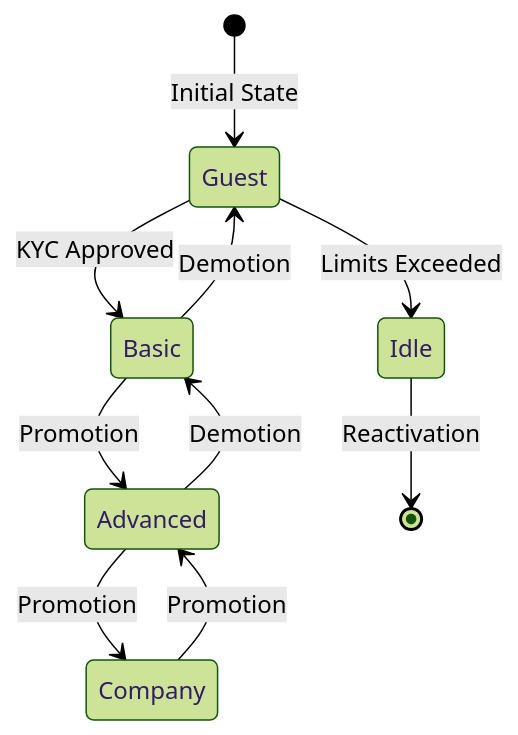
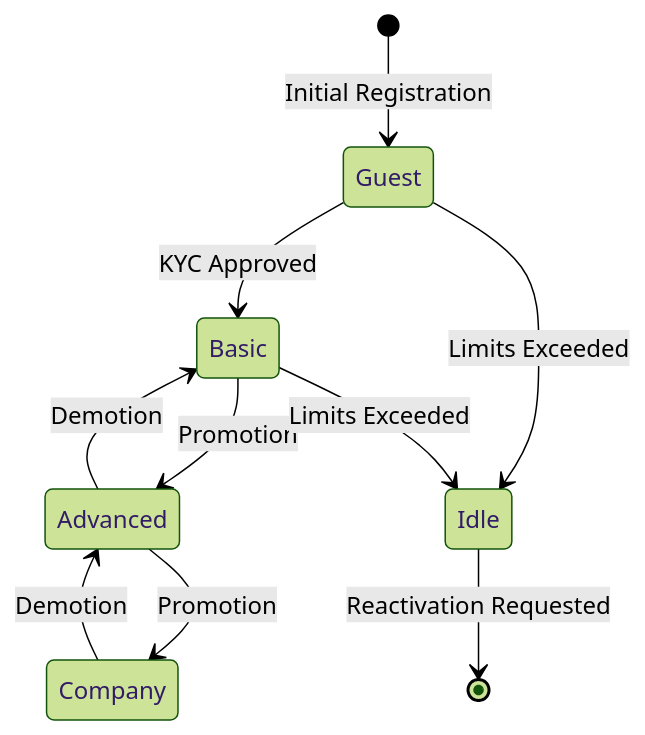
Before and after one commit to Alphavertone/test-gss: the first of 2 diagrams in docs/task1.md, drawn with Mermaid (forest theme). The commit also changed other lines of this file and 5 other files, not shown here.

````diff
--- a/docs/task1.md
+++ b/docs/task1.md
@@ -9,12 +13,16 @@
 ```mermaid
 stateDiagram
-    [*] --> Guest: Initial State
+    [*] --> Guest: Initial Registration
     Guest --> Basic: KYC Approved
+    Guest --> Idle: Limits Exceeded
+
     Basic --> Advanced: Promotion
+    Basic --> Idle: Limits Exceeded
+  
+    Company --> Advanced: Demotion
+      
+    Advanced --> Company: Promotion
     Advanced --> Basic: Demotion
-    Basic --> Guest: Demotion
-    Company --> Advanced: Promotion
-    Advanced --> Company: Promotion
-    Guest --> Idle: Limits Exceeded
-    Idle --> [*] : Reactivation
+
+    Idle --> [*] : Reactivation Requested
 ```
````
